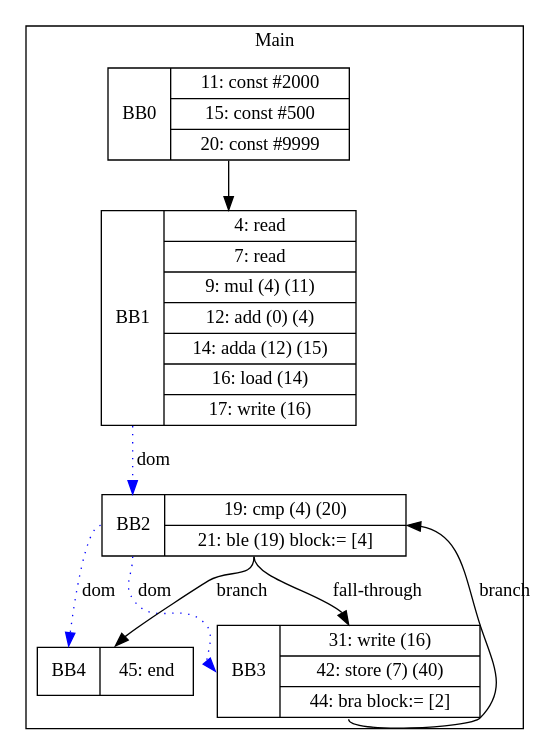
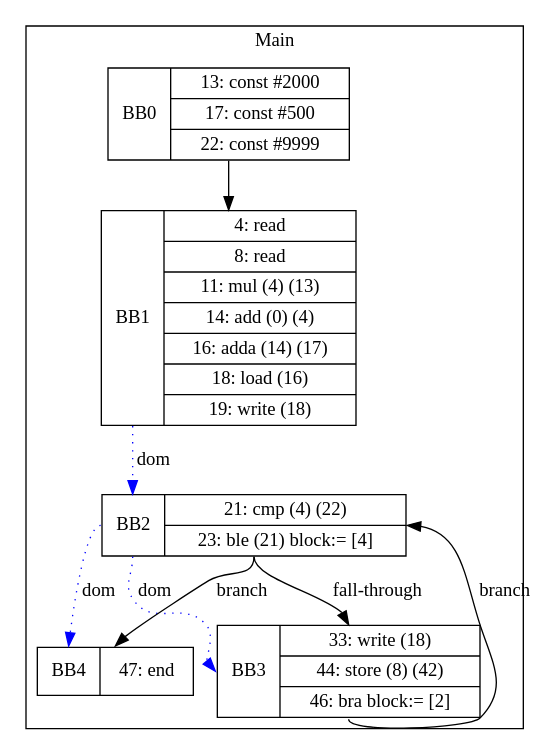
One commit to zjc664656505/UCI-CS241-Advanced-Compiler-main changed the diagram in visualization/phillip/arrays/whileJoinKill.gv. Above: the diagram before and after it, drawn with Graphviz. The commit also changed 65 other files, not shown here.

```diff
--- a/visualization/phillip/arrays/whileJoinKill.gv
+++ b/visualization/phillip/arrays/whileJoinKill.gv
@@ -1,18 +1,18 @@
 digraph G {
 node [shape=record];
 subgraph cluster_main{
 label = "Main";
-BB0 [shape=record, label="<b>BB0|{11: const #2000|15: const #500|20: const #9999}"];
-BB1 [shape=record, label="<b>BB1|{4: read|7: read|9: mul (4) (11)|12: add (0) (4)|14: adda (12) (15)|16: load (14)|17: write (16)}"];
-BB2 [shape=record, label="<b>BB2|{19: cmp (4) (20)|21: ble (19) block:= [4]}"];
-BB3 [shape=record, label="<b>BB3|{31: write (16)|42: store (7) (40)|44: bra block:= [2]}"];
-BB4 [shape=record, label="<b>BB4|{45: end}"];
+BB0 [shape=record, label="<b>BB0|{13: const #2000|17: const #500|22: const #9999}"];
+BB1 [shape=record, label="<b>BB1|{4: read|8: read|11: mul (4) (13)|14: add (0) (4)|16: adda (14) (17)|18: load (16)|19: write (18)}"];
+BB2 [shape=record, label="<b>BB2|{21: cmp (4) (22)|23: ble (21) block:= [4]}"];
+BB3 [shape=record, label="<b>BB3|{33: write (18)|44: store (8) (42)|46: bra block:= [2]}"];
+BB4 [shape=record, label="<b>BB4|{47: end}"];
 }
 BB0:s -> BB1:n ;
 BB2:b -> BB3:b [color=blue, style=dotted, label="dom"];
 BB2:b -> BB4:b [color=blue, style=dotted, label="dom"];
 BB1:b -> BB2:b [color=blue, style=dotted, label="dom"];
 BB2:s -> BB4:n [label="branch"];
 BB3:s -> BB2:e [label="branch"];
 BB2:s -> BB3:n [label="fall-through"];
 }
```
